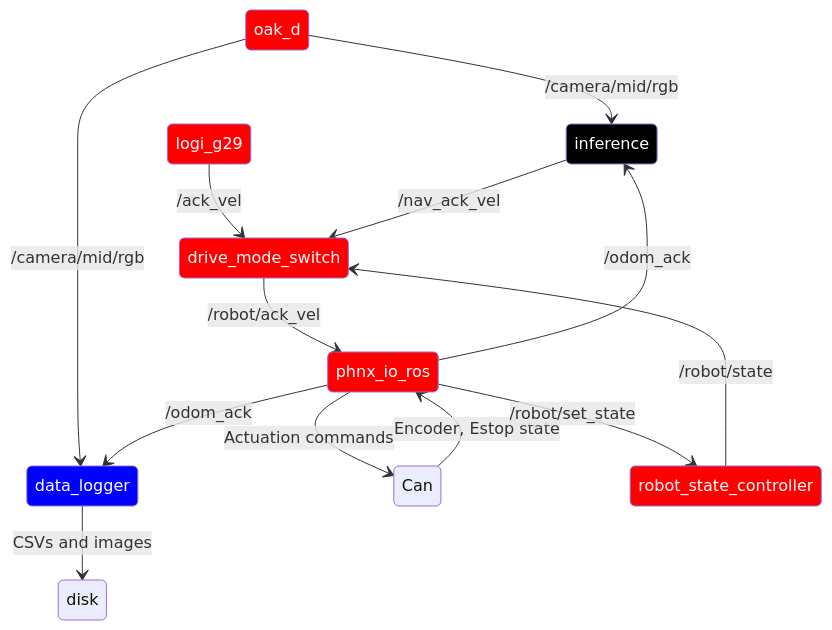
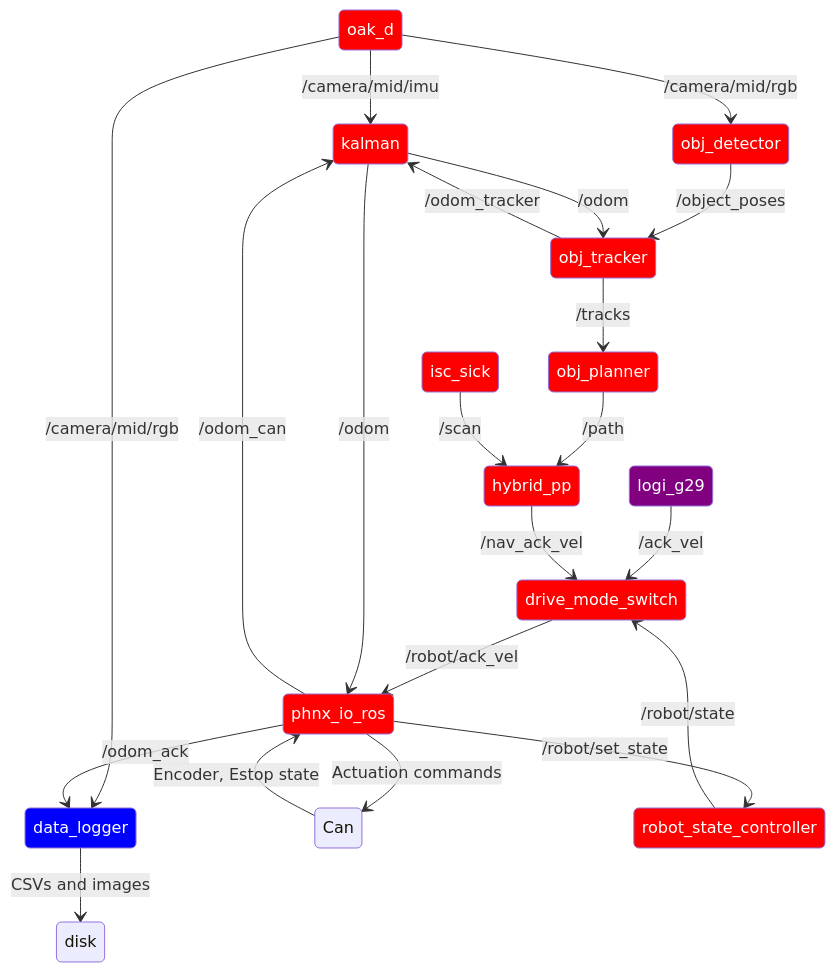
Before and after one commit to ISC-Project-Phoenix/design: the diagram in software/ros/phoenix_robot.md, drawn with Mermaid. The commit also changed other lines of this file and 22 other files, not shown here.

````diff
--- a/software/ros/phoenix_robot.md
+++ b/software/ros/phoenix_robot.md
@@ -19,28 +23,43 @@
 ```mermaid
 stateDiagram-v2
     classDef common color:white,fill:red
     classDef data color:white,fill:blue
     classDef prod color:white,fill:black
+    classDef util color:white,fill:purple
 
     %% Hardware interfaces
     oak_d:::common --> data_logger:::data: /camera/mid/rgb
     Can --> phnx_io_ros:::common: Encoder, Estop state
     phnx_io_ros:::common --> Can: Actuation commands
     
     %% command controllers
     drive_mode_switch:::common --> phnx_io_ros:::common: /robot/ack_vel
-    logi_g29:::common --> drive_mode_switch:::common: /ack_vel
+    logi_g29:::util --> drive_mode_switch:::common: /ack_vel
     
     %% state control
     phnx_io_ros:::common --> robot_state_controller:::common: /robot/set_state
     robot_state_controller:::common --> drive_mode_switch:::common: /robot/state
 
     %% logging
     phnx_io_ros:::common --> data_logger:::data: /odom_ack
     data_logger:::data --> disk: CSVs and images
 
-    %% NN
-    inference:::prod --> drive_mode_switch:::common: /nav_ack_vel
-    oak_d:::common --> inference:::prod: /camera/mid/rgb
-    phnx_io_ros:::common --> inference:::prod: /odom_ack
+    %% Localisation
+    phnx_io_ros:::common --> kalman:::common: /odom_can
+    oak_d:::common --> kalman:::common: /camera/mid/imu
+
+    %% new stuff
+    oak_d:::common --> obj_detector:::common: /camera/mid/rgb
+    obj_detector:::common --> obj_tracker:::common: /object_poses
+
+    kalman:::common --> obj_tracker:::common: /odom
+    obj_tracker:::common --> kalman:::common: /odom_tracker
+    obj_tracker:::common --> obj_planner:::common: /tracks
+
+    obj_planner:::common --> hybrid_pp:::common: /path
+    hybrid_pp:::common --> drive_mode_switch: /nav_ack_vel
+
+    isc_sick:::common --> hybrid_pp:::common: /scan
+
+    kalman:::common --> phnx_io_ros: /odom
 ```
````
